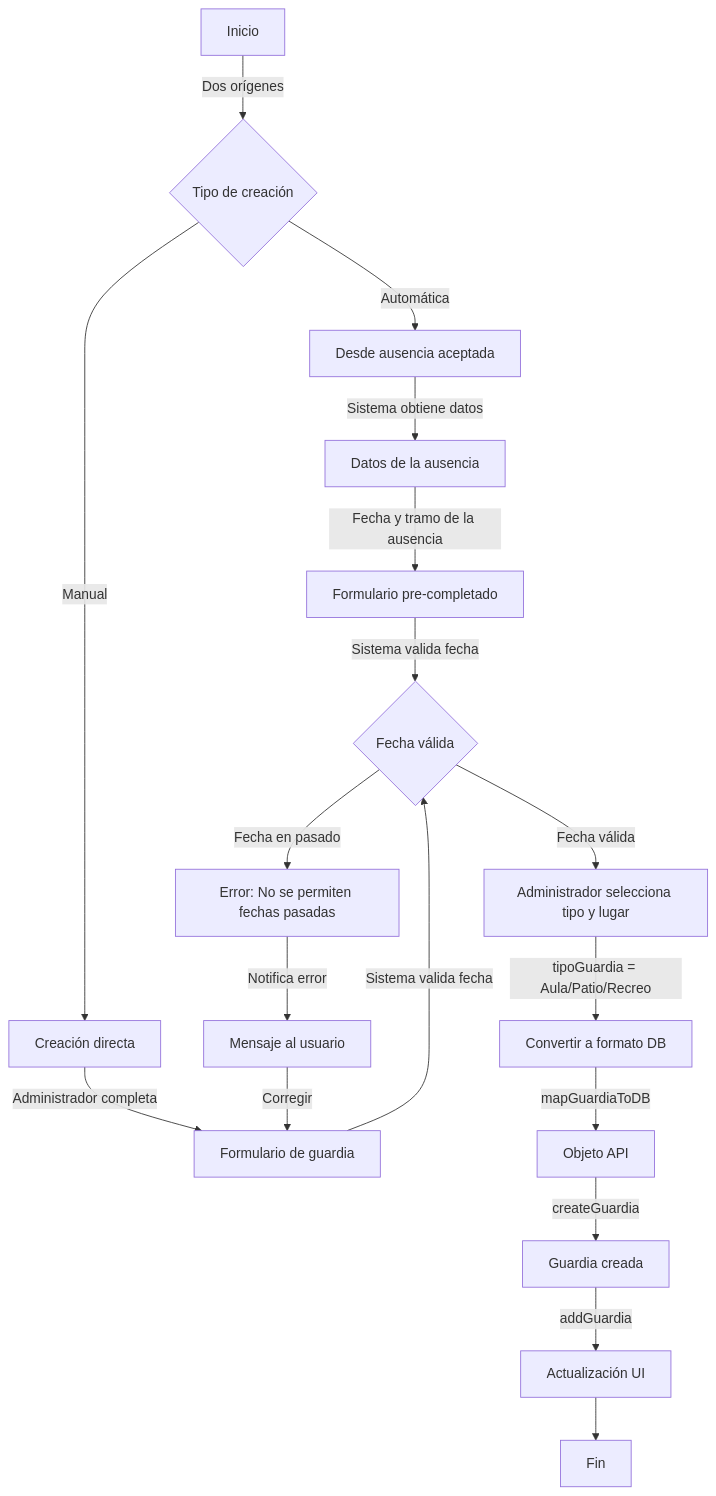
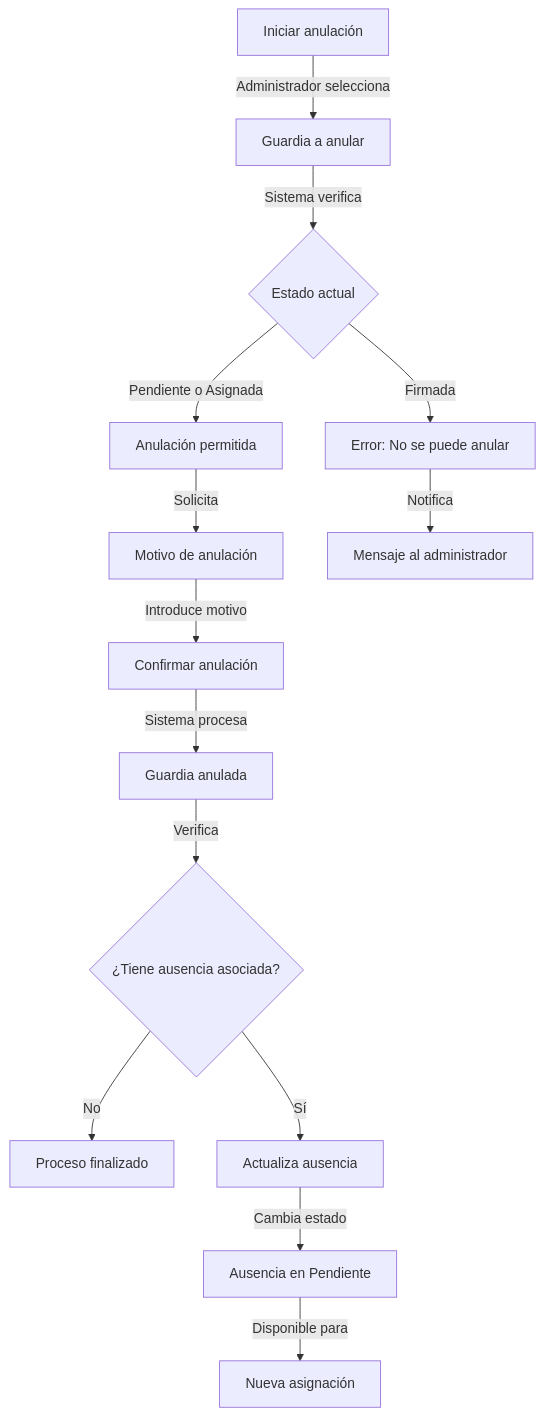
Diagram 18 of 20 in doc/DIAGRAMAS-FLUJO.md (RGiskard7/gestion-guardias), drawn with Mermaid before and after one commit. The commit also changed other lines of this file and 5 other files, not shown here.

First line of the commit message:
docs: actualizar documentación técnica y diagramas

````diff
--- a/doc/DIAGRAMAS-FLUJO.md
+++ b/doc/DIAGRAMAS-FLUJO.md
@@ -367,28 +367,16 @@
 ```mermaid
 flowchart TD
-    A[Inicio] -->|Dos orígenes| B{Tipo de creación}
-    
-    B -->|Automática| C[Desde ausencia aceptada]
-    B -->|Manual| D[Creación directa]
-    
-    C -->|Sistema obtiene datos| E[Datos de la ausencia]
-    E -->|Fecha y tramo de la ausencia| F[Formulario pre-completado]
-    
-    D -->|Administrador completa| G[Formulario de guardia]
-    
-    F -->|Sistema valida fecha| H{Fecha válida}
-    G -->|Sistema valida fecha| H
-    
-    H -->|Fecha en pasado| I[Error: No se permiten fechas pasadas]
-    I -->|Notifica error| J[Mensaje al usuario]
-    J -->|Corregir| G
-    
-    H -->|Fecha válida| K[Administrador selecciona tipo y lugar]
-    
-    K -->|"tipoGuardia = Aula/Patio/Recreo"| L[Convertir a formato DB]
-    L -->|mapGuardiaToDB| M[Objeto API]
-    M -->|createGuardia| N[Guardia creada]
-    
-    N -->|addGuardia| O[Actualización UI]
-    O --> P[Fin]
+    A[Iniciar anulación] -->|Administrador selecciona| B[Guardia a anular]
+    B -->|Sistema verifica| C{Estado actual}
+    C -->|Firmada| D[Error: No se puede anular]
+    C -->|Pendiente o Asignada| E[Anulación permitida]
+    E -->|Solicita| F[Motivo de anulación]
+    F -->|Introduce motivo| G[Confirmar anulación]
+    G -->|Sistema procesa| H[Guardia anulada]
+    H -->|Verifica| I{¿Tiene ausencia asociada?}
+    I -->|No| J[Proceso finalizado]
+    I -->|Sí| K[Actualiza ausencia]
+    K -->|Cambia estado| L[Ausencia en Pendiente]
+    L -->|Disponible para| M[Nueva asignación]
+    D -->|Notifica| N[Mensaje al administrador]
 ```
````
